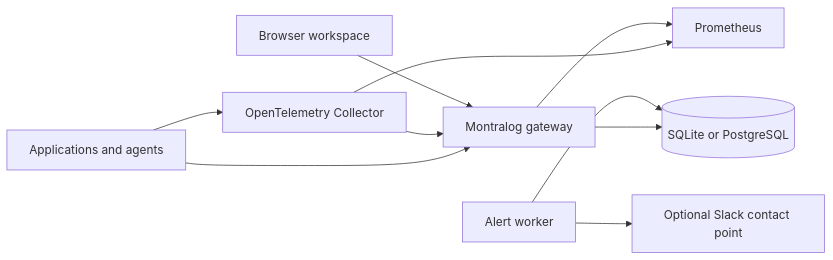
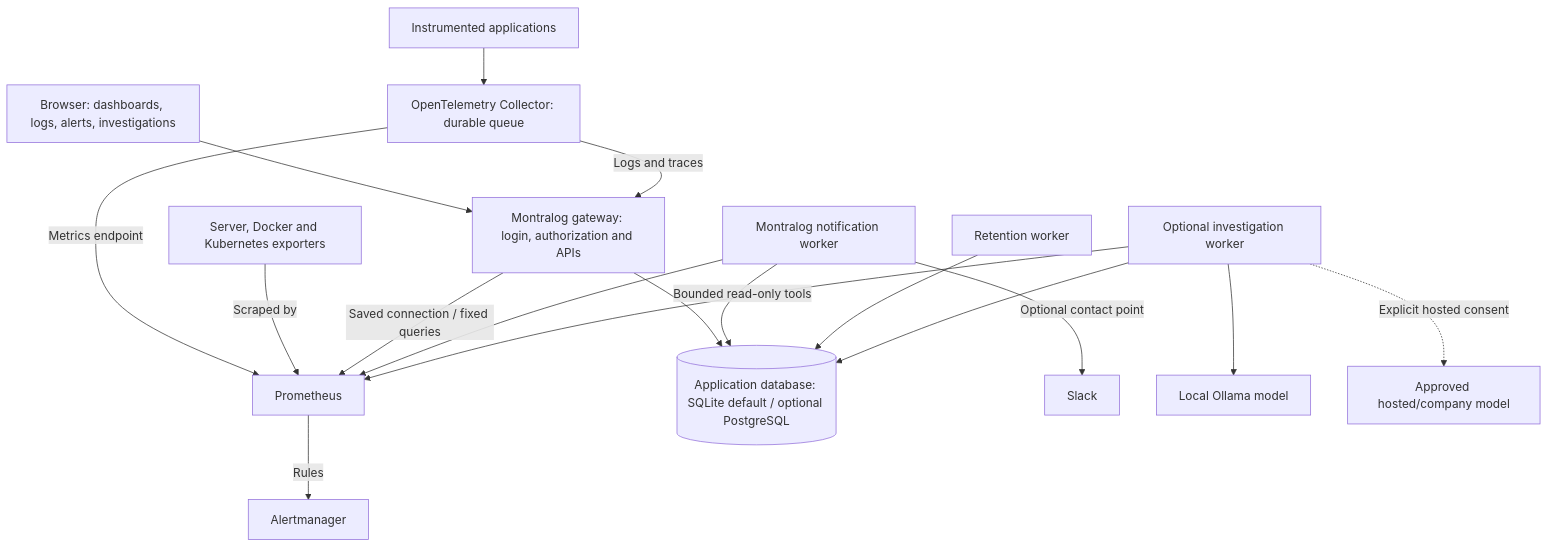
The diagram in README.md (montralog/montralog), drawn with Mermaid before and after one commit. The commit also changed other lines of this file and 21 other files, not shown here.

First line of the commit message:
Document Montralog 0.8 architecture, AI setup and verified release evidence (#5)

````diff
--- a/README.md
+++ b/README.md
@@ -87,12 +83,19 @@
 ```mermaid
-flowchart LR
-  Apps[Applications and agents] --> Collector[OpenTelemetry Collector]
-  Apps --> Gateway[Montralog gateway]
-  Collector --> Gateway
-  Collector --> Prometheus[Prometheus]
-  Gateway --> DB[(SQLite or PostgreSQL)]
-  Gateway --> Prometheus
-  Browser[Browser workspace] --> Gateway
-  Worker[Alert worker] --> DB
-  Worker --> Slack[Optional Slack contact point]
+flowchart TB
+  Browser["Browser: dashboards, logs, alerts, investigations"] --> Gateway["Montralog gateway: login, authorization and APIs"]
+  Apps["Instrumented applications"] --> Collector["OpenTelemetry Collector: durable queue"]
+  Collector -->|Logs and traces| Gateway
+  Collector -->|Metrics endpoint| Prometheus["Prometheus"]
+  Exporters["Server, Docker and Kubernetes exporters"] -->|Scraped by| Prometheus
+  Gateway --> DB[("Application database: SQLite default / optional PostgreSQL")]
+  Gateway -->|Saved connection / fixed queries| Prometheus
+  Prometheus -->|Rules| Alertmanager["Alertmanager"]
+  Alerts["Montralog notification worker"] --> DB
+  Alerts --> Prometheus
+  Alerts -->|Optional contact point| Slack["Slack"]
+  Retention["Retention worker"] --> DB
+  Agent["Optional investigation worker"] --> DB
+  Agent -->|Bounded read-only tools| Prometheus
+  Agent --> Local["Local Ollama model"]
+  Agent -. Explicit hosted consent .-> Hosted["Approved hosted/company model"]
 ```
````
